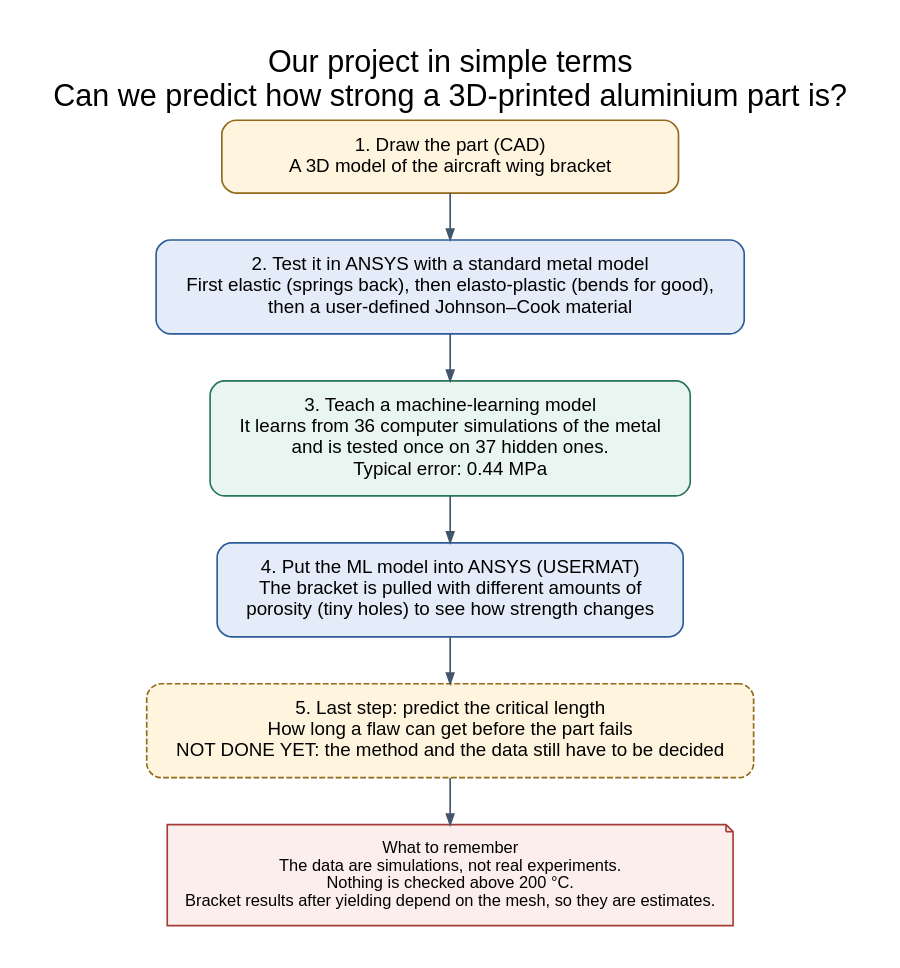
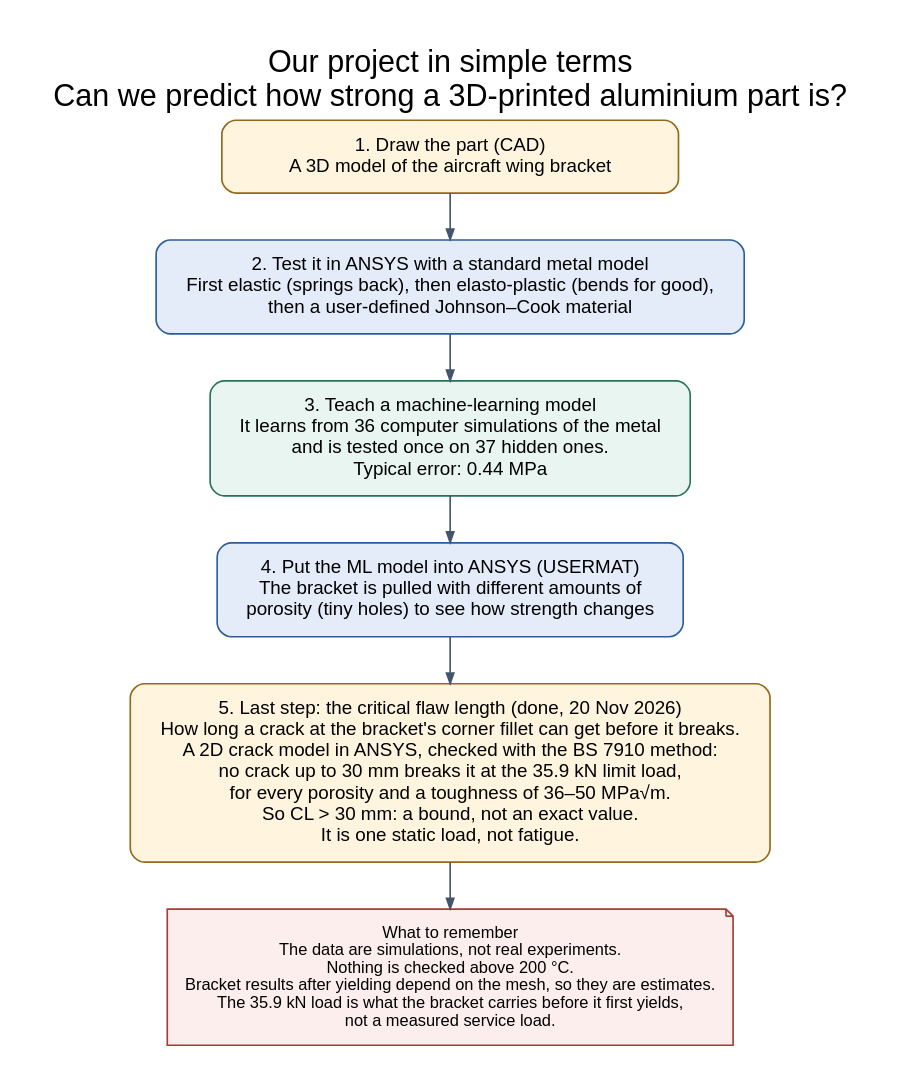
One commit to SaravananRamar06/MMM-ML changed the diagram in docs/project-flowchart/simple.dot. Above: the diagram before and after it, drawn with Graphviz. The commit also changed 7 other files, not shown here.

First line of the commit message:
Project flowcharts: show the critical flaw length as assessed

```diff
--- a/docs/project-flowchart/simple.dot
+++ b/docs/project-flowchart/simple.dot
@@ -1,18 +1,18 @@
 digraph SIMPLE {
   graph [rankdir=TB, bgcolor="white", pad=0.4, nodesep=0.4, ranksep=0.55,
     fontname="Arial", fontsize=26, labelloc=t,
     label="Our project in simple terms\nCan we predict how strong a 3D-printed aluminium part is?"];
   node [shape=box, style="rounded,filled", fillcolor="#eef3f8", color="#42566b",
     fontname="Arial", fontsize=16, margin="0.3,0.18", penwidth=1.4, width=5.4];
   edge [color="#42566b", arrowsize=0.9, penwidth=1.4];
 
   a [label="1. Draw the part (CAD)\nA 3D model of the aircraft wing bracket", fillcolor="#fff5df", color="#936818"];
   b [label="2. Test it in ANSYS with a standard metal model\nFirst elastic (springs back), then elasto-plastic (bends for good),\nthen a user-defined Johnson–Cook material", fillcolor="#e3ecf8", color="#2c5d9a"];
   c [label="3. Teach a machine-learning model\nIt learns from 36 computer simulations of the metal\nand is tested once on 37 hidden ones.\nTypical error: 0.44 MPa", fillcolor="#e9f5f0", color="#28735d"];
   d [label="4. Put the ML model into ANSYS (USERMAT)\nThe bracket is pulled with different amounts of\nporosity (tiny holes) to see how strength changes", fillcolor="#e3ecf8", color="#2c5d9a"];
-  e [label="5. Last step: predict the critical length\nHow long a flaw can get before the part fails\nNOT DONE YET: the method and the data still have to be decided", style="rounded,dashed,filled", fillcolor="#fff5df", color="#936818"];
+  e [label="5. Last step: the critical flaw length (done, 20 Nov 2026)\nHow long a crack at the bracket's corner fillet can get before it breaks.\nA 2D crack model in ANSYS, checked with the BS 7910 method:\nno crack up to 30 mm breaks it at the 35.9 kN limit load,\nfor every porosity and a toughness of 36–50 MPa√m.\nSo CL > 30 mm: a bound, not an exact value.\nIt is one static load, not fatigue.", fillcolor="#fff5df", color="#936818"];
   note [shape=note, fillcolor="#fceeed", color="#a43d36", fontsize=14,
-    label="What to remember\nThe data are simulations, not real experiments.\nNothing is checked above 200 °C.\nBracket results after yielding depend on the mesh, so they are estimates."];
+    label="What to remember\nThe data are simulations, not real experiments.\nNothing is checked above 200 °C.\nBracket results after yielding depend on the mesh, so they are estimates.\nThe 35.9 kN load is what the bracket carries before it first yields,\nnot a measured service load."];
 
   a -> b -> c -> d -> e -> note;
 }
```
